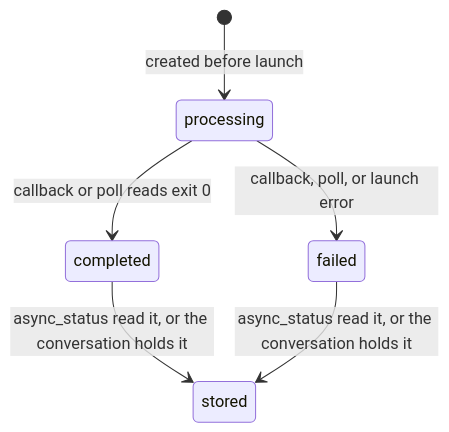
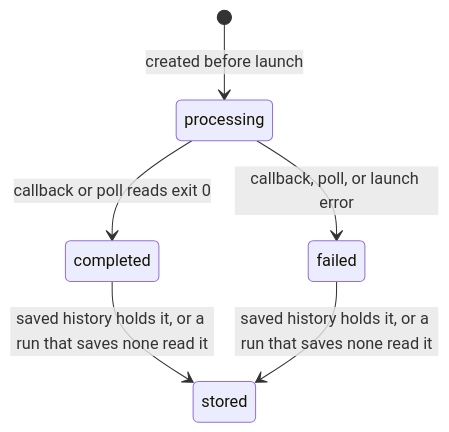
Before and after one commit to beeblastco/broods: diagram 11 of 22 in apps/docs/docs/internals/sandboxes.md, drawn with Mermaid. The commit also changed other lines of this file and 24 other files, not shown here.

First line of the commit message:
fix(runtime): store a late result only when the history that holds it is saved (#1334)

````diff
--- a/apps/docs/docs/internals/sandboxes.md
+++ b/apps/docs/docs/internals/sandboxes.md
@@ -317,8 +318,8 @@
 ```mermaid
 stateDiagram-v2
   [*] --> processing: created before launch
   processing --> completed: callback or poll reads exit 0
   processing --> failed: callback, poll, or launch error
-  completed --> stored: async_status read it, or the conversation holds it
-  failed --> stored: async_status read it, or the conversation holds it
+  completed --> stored: saved history holds it, or a run that saves none read it
+  failed --> stored: saved history holds it, or a run that saves none read it
 ```
````
